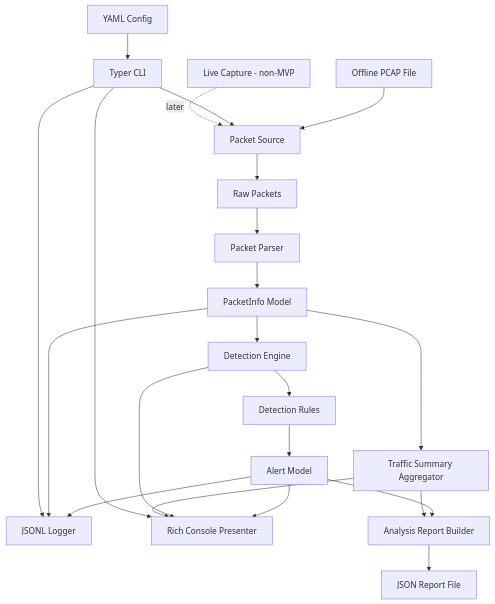
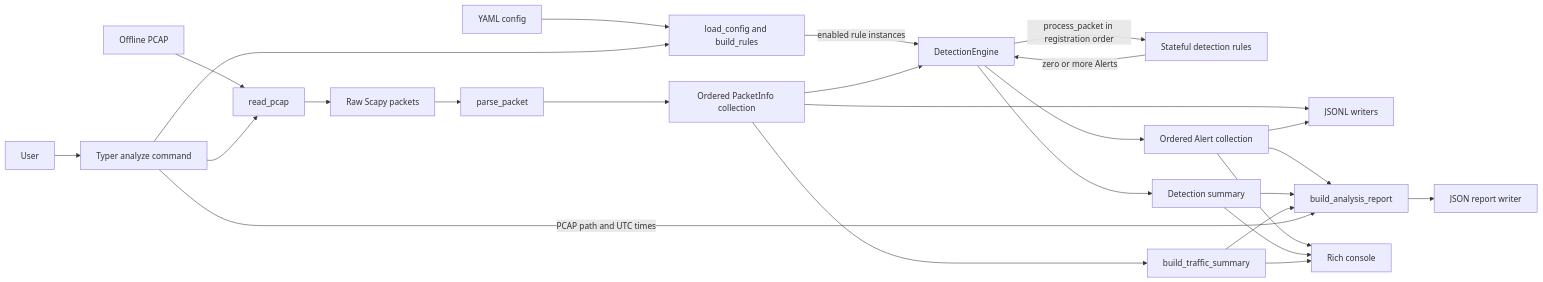
Before and after one commit to alopes0905/mini-ids-network-monitor: the diagram in docs/architecture.md, drawn with Mermaid. The commit also changed other lines of this file, not shown here.

First line of the commit message:
docs: finalize system architecture

````diff
--- a/docs/architecture.md
+++ b/docs/architecture.md
@@ -271,25 +64,33 @@
 ```mermaid
-flowchart TD
-    A[Offline PCAP File] --> B[Packet Source]
-    B --> C[Raw Packets]
-    C --> D[Packet Parser]
-    D --> E[PacketInfo Model]
-    E --> F[Detection Engine]
-    F --> G[Detection Rules]
-    G --> H[Alert Model]
-    H --> I[JSONL Logger]
-    E --> I
-    H --> J[Rich Console Presenter]
-    F --> J
-    E --> K[Traffic Summary Aggregator]
-    K --> J
-    H --> O[Analysis Report Builder]
-    K --> O
-    O --> P[JSON Report File]
-    N[Typer CLI] --> B
-    N --> I
-    N --> J
-    M[YAML Config] --> N
+flowchart LR
+    USER[User] --> CLI[Typer analyze command]
+    CFG[YAML config] --> CONFIG[load_config and build_rules]
+    CLI --> CONFIG
+    CONFIG -->|enabled rule instances| ENGINE[DetectionEngine]
 
-    L[Live Capture - non-MVP] -. later .-> B
+    PCAP[Offline PCAP] --> CAP[read_pcap]
+    CLI --> CAP
+    CAP --> RAW[Raw Scapy packets]
+    RAW --> PARSER[parse_packet]
+    PARSER --> PI[Ordered PacketInfo collection]
+
+    PI --> ENGINE
+    ENGINE -->|process_packet in registration order| RULES[Stateful detection rules]
+    RULES -->|zero or more Alerts| ENGINE
+    ENGINE --> ALERTS[Ordered Alert collection]
+    ENGINE --> DETECTION[Detection summary]
+
+    PI --> TRAFFIC[build_traffic_summary]
+    PI --> JSONL[JSONL writers]
+    ALERTS --> JSONL
+
+    ALERTS --> REPORT[build_analysis_report]
+    DETECTION --> REPORT
+    TRAFFIC --> REPORT
+    CLI -->|PCAP path and UTC times| REPORT
+    REPORT --> JSON[JSON report writer]
+
+    ALERTS --> CONSOLE[Rich console]
+    DETECTION --> CONSOLE
+    TRAFFIC --> CONSOLE
 ```
````
